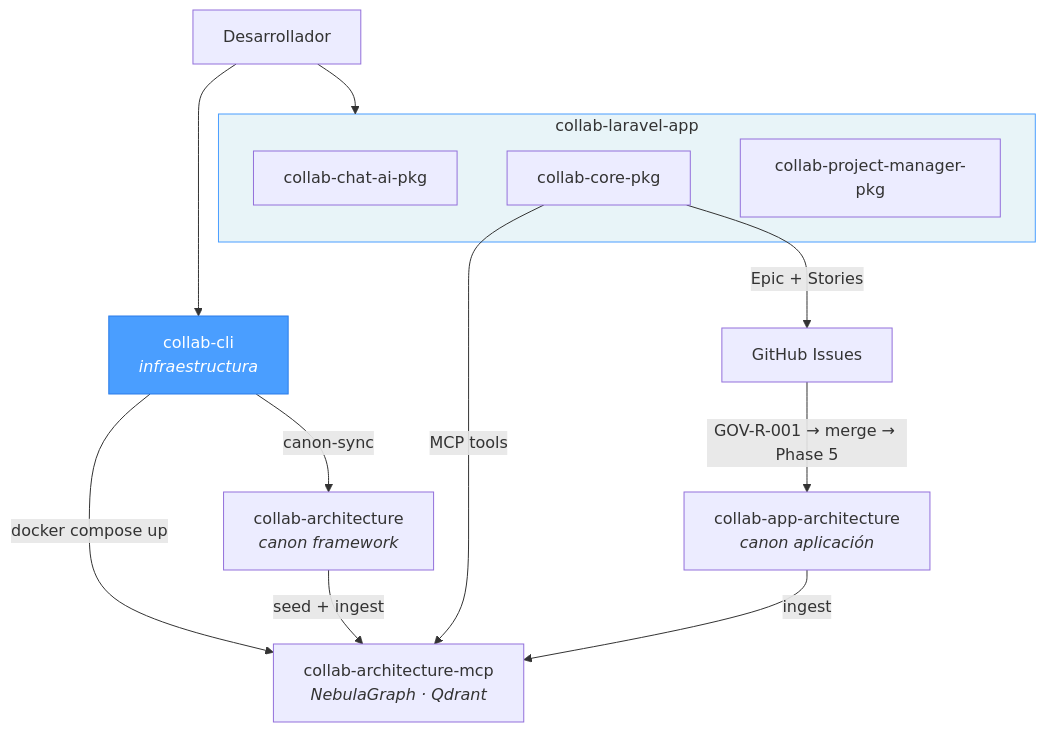
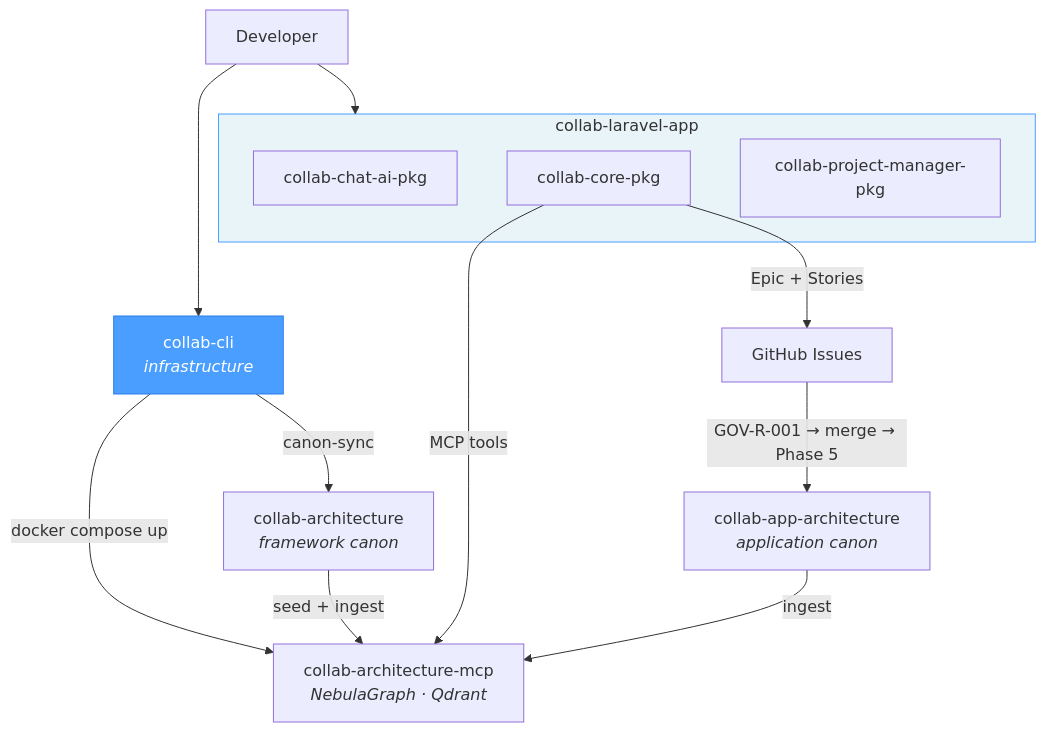
The diagram in README.md (uxmaltech/collab-cli), drawn with Mermaid before and after one commit. The commit also changed other lines of this file and 1 other file, not shown here.

````diff
--- a/README.md
+++ b/README.md
@@ -7,24 +7,24 @@
 ```mermaid
 graph TD
-    DEV[Desarrollador] --> CLI[collab-cli<br><i>infraestructura</i>]
+    DEV[Developer] --> CLI[collab-cli<br><i>infrastructure</i>]
 
     subgraph APP["collab-laravel-app"]
         CHAT[collab-chat-ai-pkg]
         CORE[collab-core-pkg]
         PM[collab-project-manager-pkg]
     end
 
     DEV --> APP
 
-    CLI -- canon-sync --> CA[collab-architecture<br><i>canon framework</i>]
+    CLI -- canon-sync --> CA[collab-architecture<br><i>framework canon</i>]
     CLI -- docker compose up --> MCP[collab-architecture-mcp<br><i>NebulaGraph · Qdrant</i>]
     CA -- seed + ingest --> MCP
 
     CORE -- MCP tools --> MCP
     CORE -- "Epic + Stories" --> GH[GitHub Issues]
-    GH -- "GOV-R-001 → merge → Phase 5" --> BCA[collab-app-architecture<br><i>canon aplicación</i>]
+    GH -- "GOV-R-001 → merge → Phase 5" --> BCA[collab-app-architecture<br><i>application canon</i>]
     BCA -- ingest --> MCP
 
     style CLI fill:#4a9eff,stroke:#2b7de9,color:#fff
     style APP fill:#e8f4f8,stroke:#4a9eff
 ```
````
